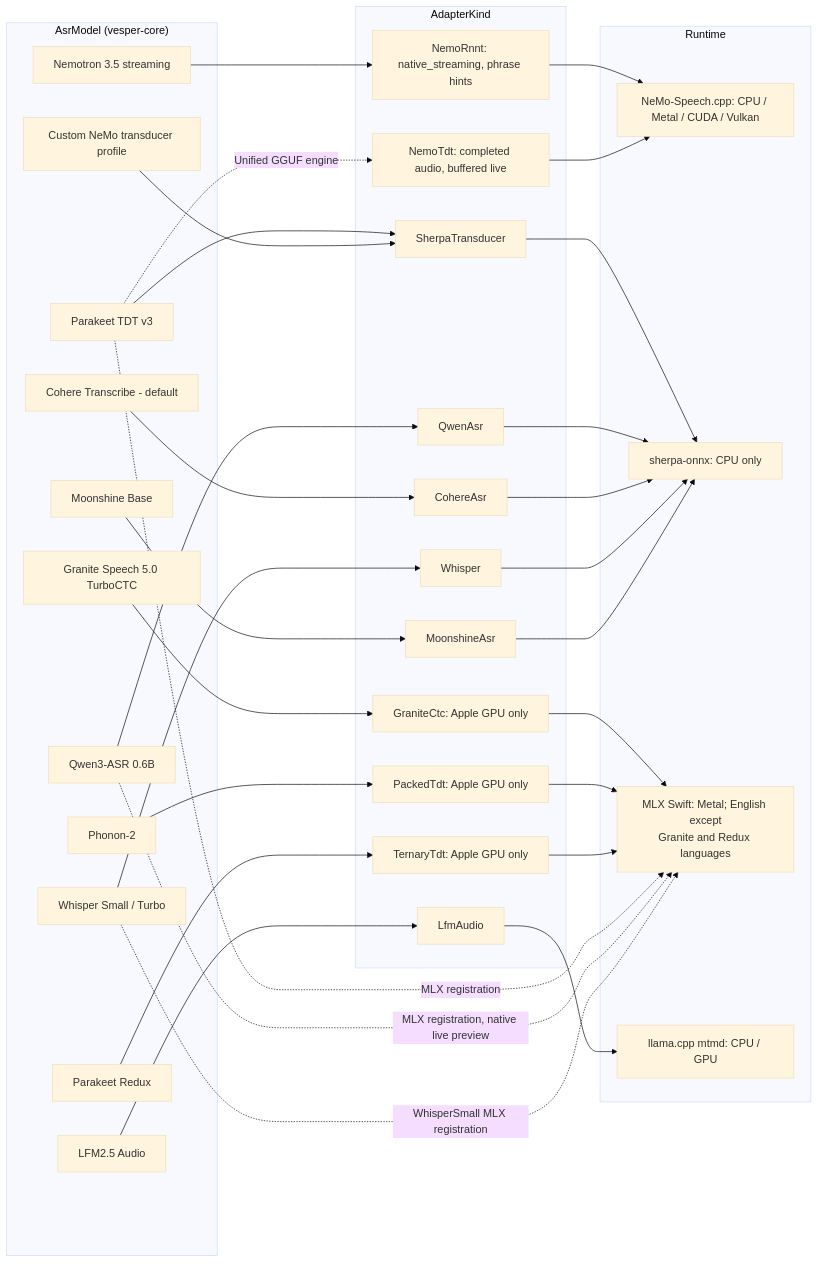
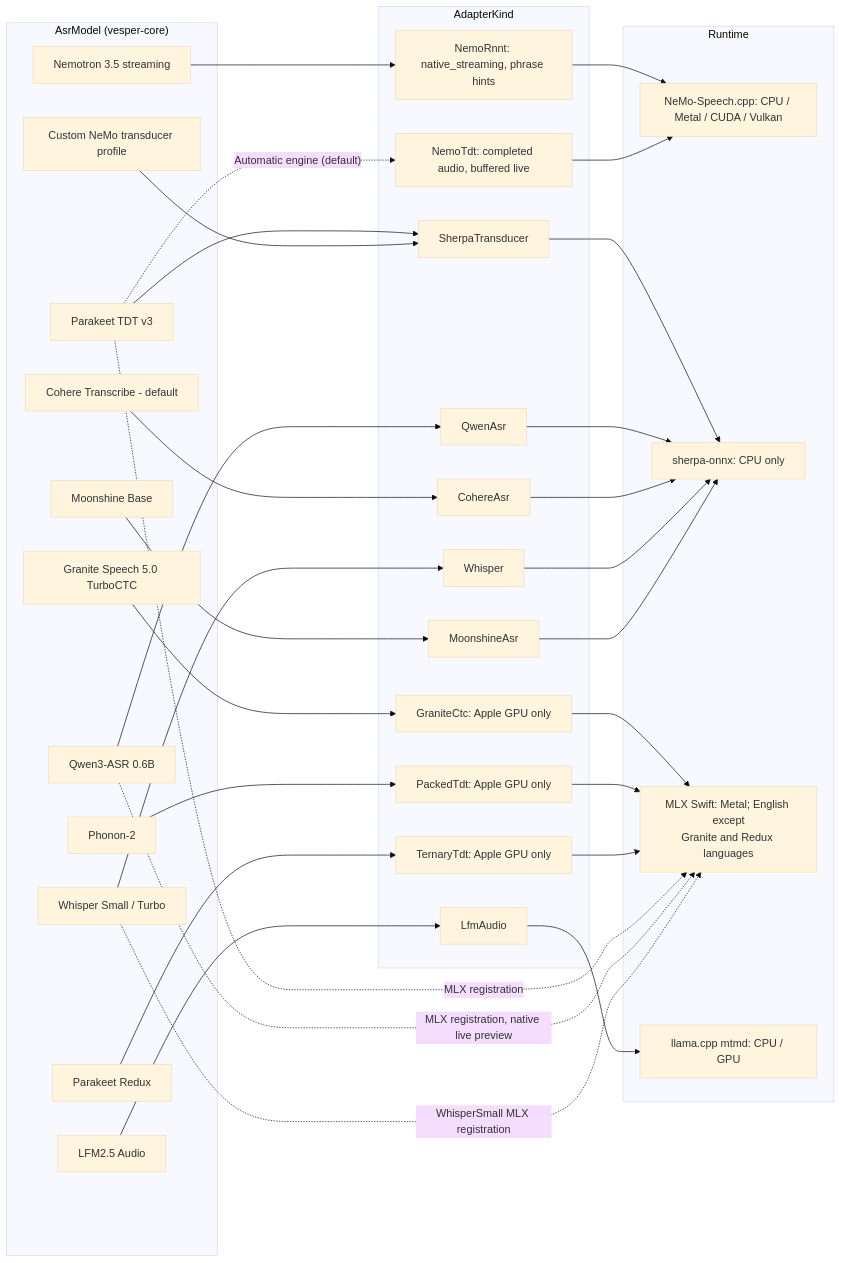
One commit to rahulsharmavishwakarma/vesper changed the fourth of 11 diagrams in docs/inference-architecture.md. Above: the diagram before and after it, drawn with Mermaid (base theme). The commit also changed other lines of this file and 8 other files, not shown here.

Commit message:
Record the Automatic speech engine in ADR-0026 and the guides (Refs #293)

````diff
--- a/docs/inference-architecture.md
+++ b/docs/inference-architecture.md
@@ -197,51 +197,51 @@
 ```mermaid
 flowchart LR
   subgraph Models["AsrModel (vesper-core)"]
     nem[Nemotron 3.5 streaming]
     par[Parakeet TDT v3]
     qwa[Qwen3-ASR 0.6B]
     coh[Cohere Transcribe - default]
     whi[Whisper Small / Turbo]
     lfm[LFM2.5 Audio]
     moo[Moonshine Base]
     gra[Granite Speech 5.0 TurboCTC]
     pho[Phonon-2]
     red[Parakeet Redux]
     cus[Custom NeMo transducer profile]
   end
   subgraph Kinds["AdapterKind"]
     k1[NemoRnnt: native_streaming, phrase hints]
     k2[SherpaTransducer]
     k3[QwenAsr]
     k4[CohereAsr]
     k5[Whisper]
     k6[LfmAudio]
     k7[MoonshineAsr]
     k8[GraniteCtc: Apple GPU only]
     k9[PackedTdt: Apple GPU only]
     k10[TernaryTdt: Apple GPU only]
     k11[NemoTdt: completed audio, buffered live]
   end
   subgraph Runtime["Runtime"]
     r1[NeMo-Speech.cpp: CPU / Metal / CUDA / Vulkan]
     r2[sherpa-onnx: CPU only]
     r3[MLX Swift: Metal; English except<br/>Granite and Redux languages]
     r4[llama.cpp mtmd: CPU / GPU]
   end
   nem --> k1 --> r1
   par --> k2
   cus --> k2
   qwa --> k3
   coh --> k4
   whi --> k5
   moo --> k7
   k2 & k3 & k4 & k5 & k7 --> r2
   gra --> k8 --> r3
   pho --> k9 --> r3
   red --> k10 --> r3
   par -. "MLX registration" .-> r3
-  par -. "Unified GGUF engine" .-> k11 --> r1
+  par -. "Automatic engine (default)" .-> k11 --> r1
   qwa -. "MLX registration, native live preview" .-> r3
   whi -. "WhisperSmall MLX registration" .-> r3
   lfm --> k6 --> r4
 ```
````
